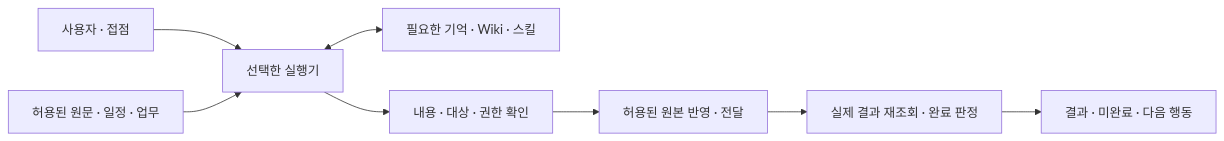
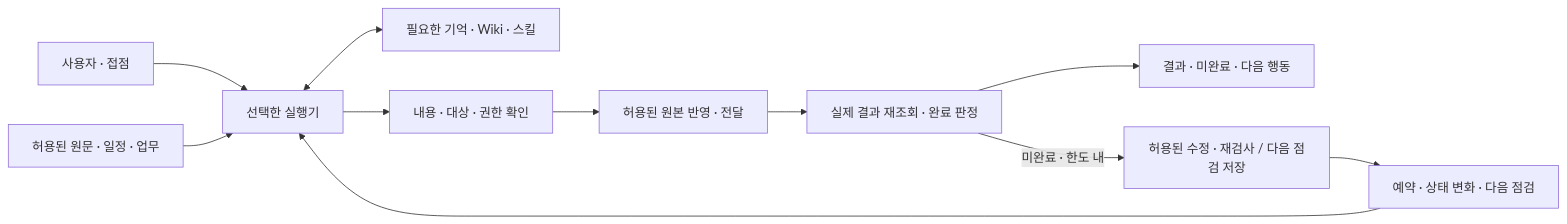
Before and after one commit to tz1012/min-agent-guide: the diagram in guide/10_구축/대화형 설계·운영 점검.md, drawn with Mermaid. The commit also changed other lines of this file and 27 other files, not shown here.

````diff
--- a/guide/10_구축/대화형 설계·운영 점검.md
+++ b/guide/10_구축/대화형 설계·운영 점검.md
@@ -80,10 +82,13 @@
 ```mermaid
 flowchart LR
 	U["사용자 · 접점"] --> R["선택한 실행기"]
+	E["예약 · 상태 변화 · 다음 점검"] --> R
 	D["허용된 원문 · 일정 · 업무"] --> R
 	R <--> K["필요한 기억 · Wiki · 스킬"]
 	R --> P["내용 · 대상 · 권한 확인"]
 	P --> O["허용된 원본 반영 · 전달"]
 	O --> V["실제 결과 재조회 · 완료 판정"]
 	V --> N["결과 · 미완료 · 다음 행동"]
+	V -->|"미완료 · 한도 내"| Q["허용된 수정 · 재검사 / 다음 점검 저장"]
+	Q --> E
 ```
````
